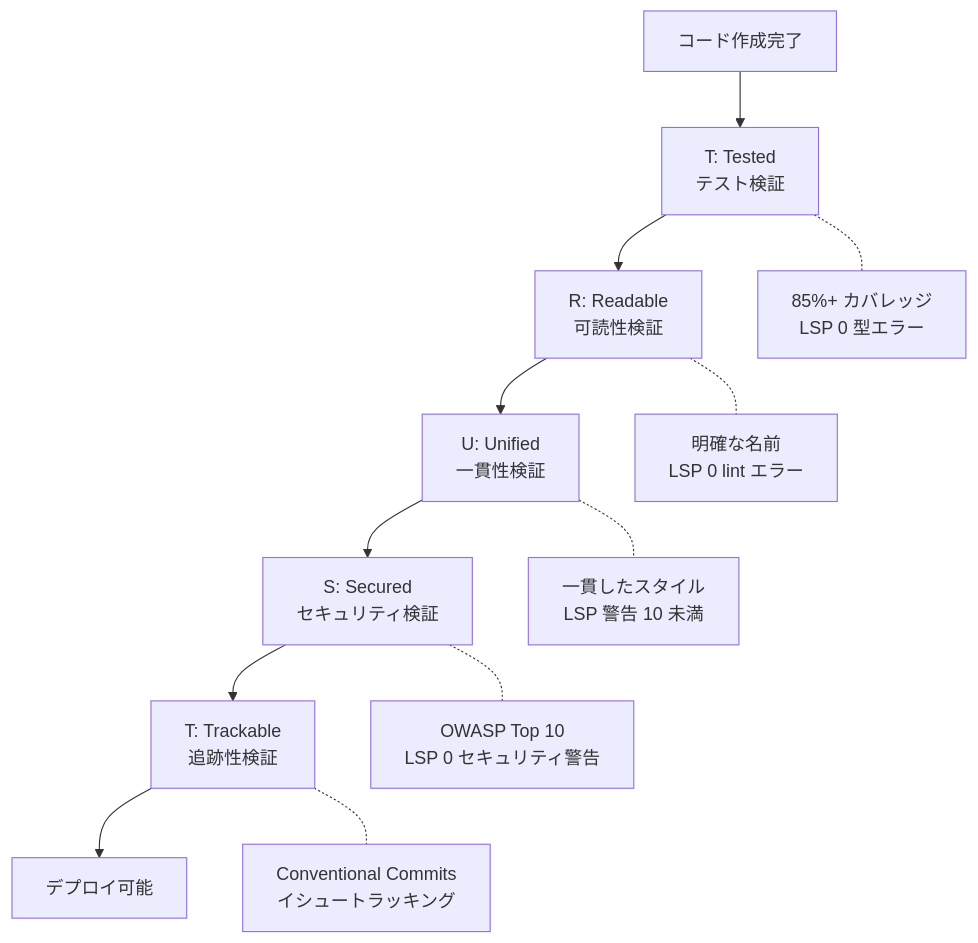
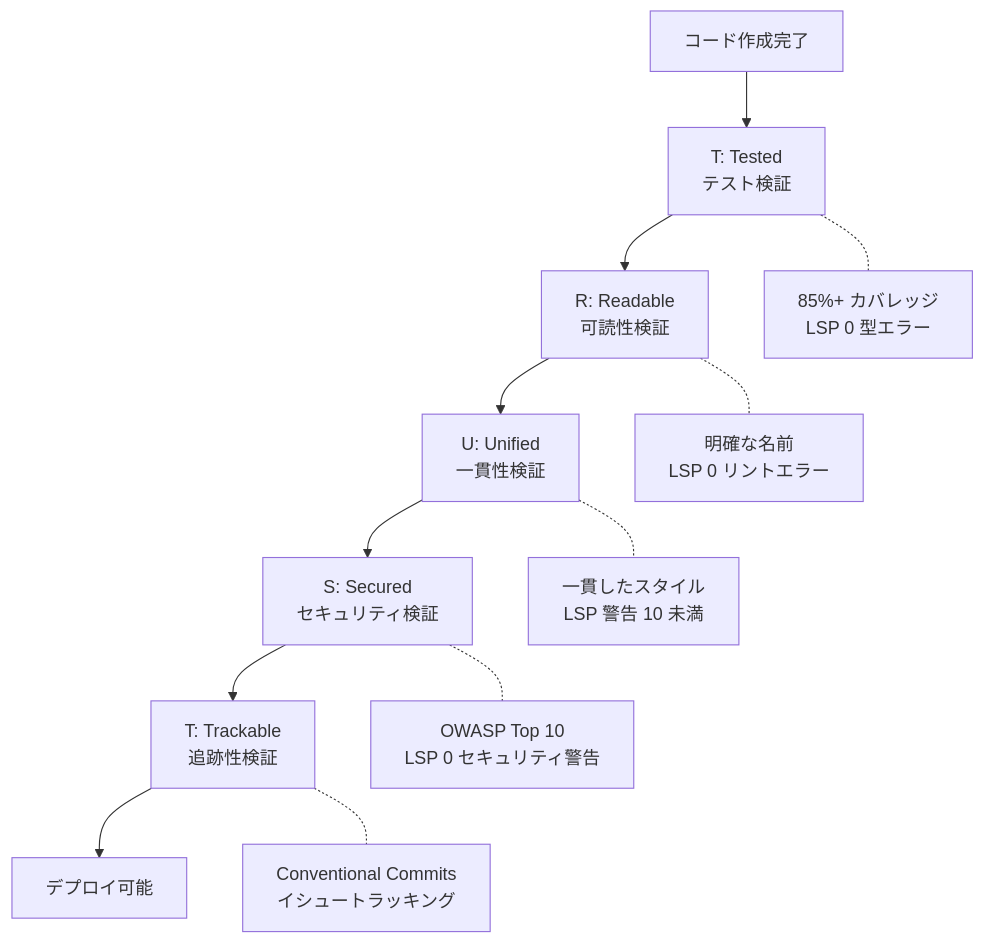
The first of 3 diagrams in docs-site/content/ja/core-concepts/trust-5.md (modu-ai/moai-adk), drawn with Mermaid before and after one commit. The commit also changed other lines of this file and 180 other files, not shown here.

````diff
--- a/docs-site/content/ja/core-concepts/trust-5.md
+++ b/docs-site/content/ja/core-concepts/trust-5.md
@@ -27,15 +44,15 @@
 ```mermaid
 flowchart TD
     Code["コード作成完了"] --> T1["T: Tested\nテスト検証"]
     T1 --> R["R: Readable\n可読性検証"]
     R --> U["U: Unified\n一貫性検証"]
     U --> S["S: Secured\nセキュリティ検証"]
     S --> T2["T: Trackable\n追跡性検証"]
     T2 --> Deploy["デプロイ可能"]
 
     T1 -.- T1D["85%+ カバレッジ\nLSP 0 型エラー"]
-    R -.- RD["明確な名前\nLSP 0 lint エラー"]
+    R -.- RD["明確な名前\nLSP 0 リントエラー"]
     U -.- UD["一貫したスタイル\nLSP 警告 10 未満"]
     S -.- SD["OWASP Top 10\nLSP 0 セキュリティ警告"]
     T2 -.- T2D["Conventional Commits\nイシュートラッキング"]
 ```
````
